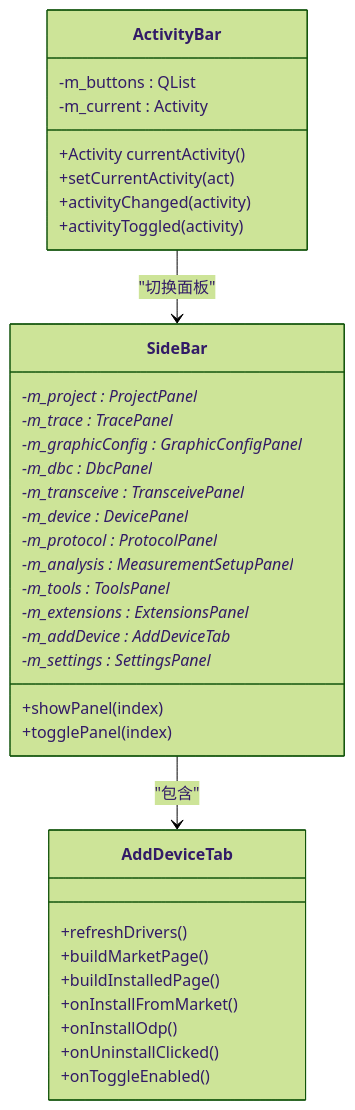
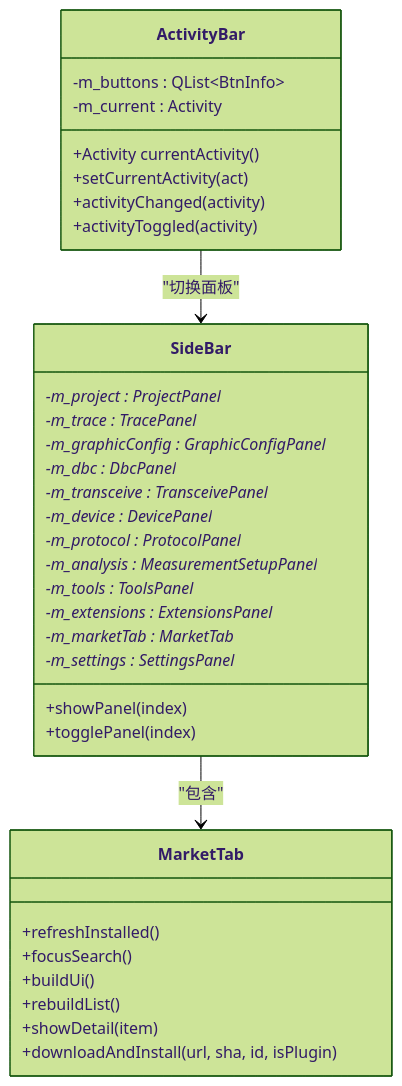
One commit to jakecai1225-design/OpenBus changed the third of 10 diagrams in .qoder/repowiki/zh/content/架构设计/插件系统架构/扩展面板系统.md. Above: the diagram before and after it, drawn with Mermaid (forest theme). The commit also changed other lines of this file and 70 other files, not shown here.

````diff
--- a/.qoder/repowiki/zh/content/架构设计/插件系统架构/扩展面板系统.md
+++ b/.qoder/repowiki/zh/content/架构设计/插件系统架构/扩展面板系统.md
@@ -193,38 +189,37 @@
 ```mermaid
 classDiagram
 class ActivityBar {
 +Activity currentActivity()
 +setCurrentActivity(act)
--m_buttons : QList<BtnInfo>
+-m_buttons : QList~BtnInfo~
 -m_current : Activity
 +activityChanged(activity)
 +activityToggled(activity)
 }
 class SideBar {
 +showPanel(index)
 +togglePanel(index)
 -m_project : ProjectPanel*
 -m_trace : TracePanel*
 -m_graphicConfig : GraphicConfigPanel*
 -m_dbc : DbcPanel*
 -m_transceive : TransceivePanel*
 -m_device : DevicePanel*
 -m_protocol : ProtocolPanel*
 -m_analysis : MeasurementSetupPanel*
 -m_tools : ToolsPanel*
 -m_extensions : ExtensionsPanel*
--m_addDevice : AddDeviceTab*
+-m_marketTab : MarketTab*
 -m_settings : SettingsPanel*
 }
-class AddDeviceTab {
-+refreshDrivers()
-+buildMarketPage()
-+buildInstalledPage()
-+onInstallFromMarket()
-+onInstallOdp()
-+onUninstallClicked()
-+onToggleEnabled()
+class MarketTab {
++refreshInstalled()
++focusSearch()
++buildUi()
++rebuildList()
++showDetail(item)
++downloadAndInstall(url, sha, id, isPlugin)
 }
 ActivityBar --> SideBar : "切换面板"
-SideBar --> AddDeviceTab : "包含"
+SideBar --> MarketTab : "包含"
 ```
````
